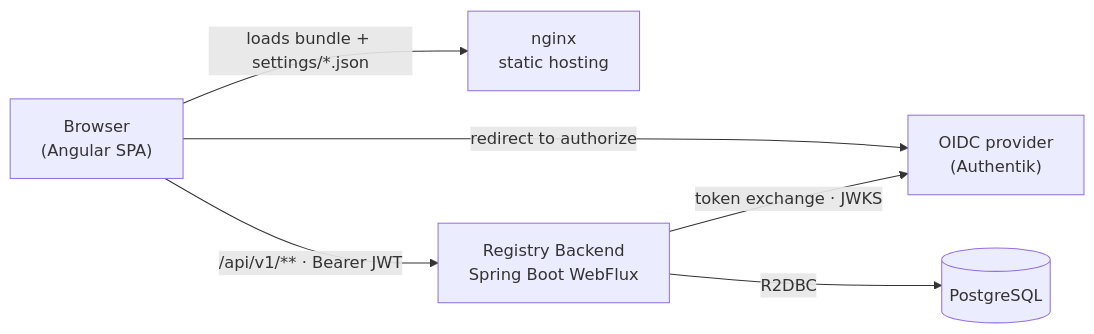
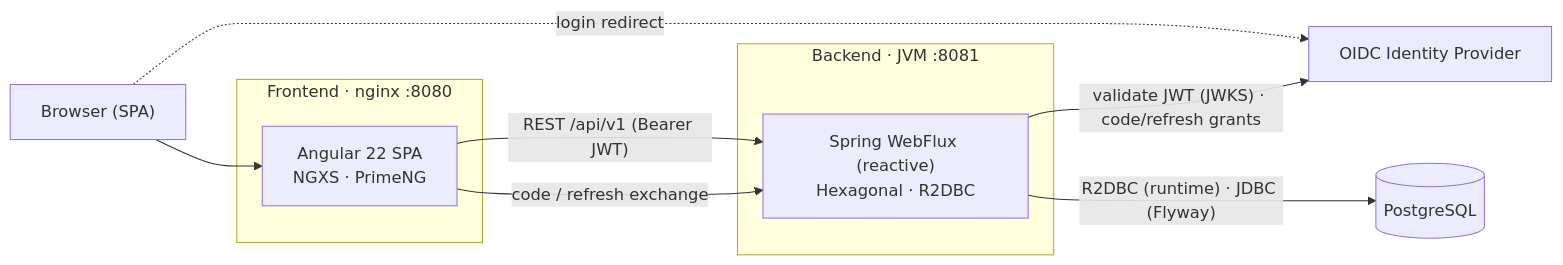
Before and after one commit to laucoin/Documentations: the diagram in documentation/registry/technical/index.md, drawn with Mermaid. The commit also changed other lines of this file and 35 other files, not shown here.

````diff
--- a/documentation/registry/technical/index.md
+++ b/documentation/registry/technical/index.md
@@ -16,13 +9,19 @@
 ```mermaid
 flowchart LR
-    Browser["Browser<br/>(Angular SPA)"]
-    Nginx["nginx<br/>static hosting"]
-    Api["Registry Backend<br/>Spring Boot WebFlux"]
-    Db[("PostgreSQL")]
-    Idp["OIDC provider<br/>(Authentik)"]
-    Browser -->|" loads bundle + settings/*.json "| Nginx
-    Browser -->|" /api/v1/** · Bearer JWT "| Api
-    Browser -->|" redirect to authorize "| Idp
-    Api -->|" token exchange · JWKS "| Idp
-    Api -->|" R2DBC "| Db
+    Browser["Browser (SPA)"]
+    subgraph Frontend["Frontend · nginx :8080"]
+      SPA["Angular 22 SPA<br/>NGXS · PrimeNG"]
+    end
+    subgraph Backend["Backend · JVM :8081"]
+      API["Spring WebFlux (reactive)<br/>Hexagonal · R2DBC"]
+    end
+    IdP["OIDC Identity Provider"]
+    DB[("PostgreSQL")]
+
+    Browser --> SPA
+    SPA -- "REST /api/v1 (Bearer JWT)" --> API
+    Browser -. "login redirect" .-> IdP
+    SPA -- "code / refresh exchange" --> API
+    API -- "validate JWT (JWKS) · code/refresh grants" --> IdP
+    API -- "R2DBC (runtime) · JDBC (Flyway)" --> DB
 ```
````
